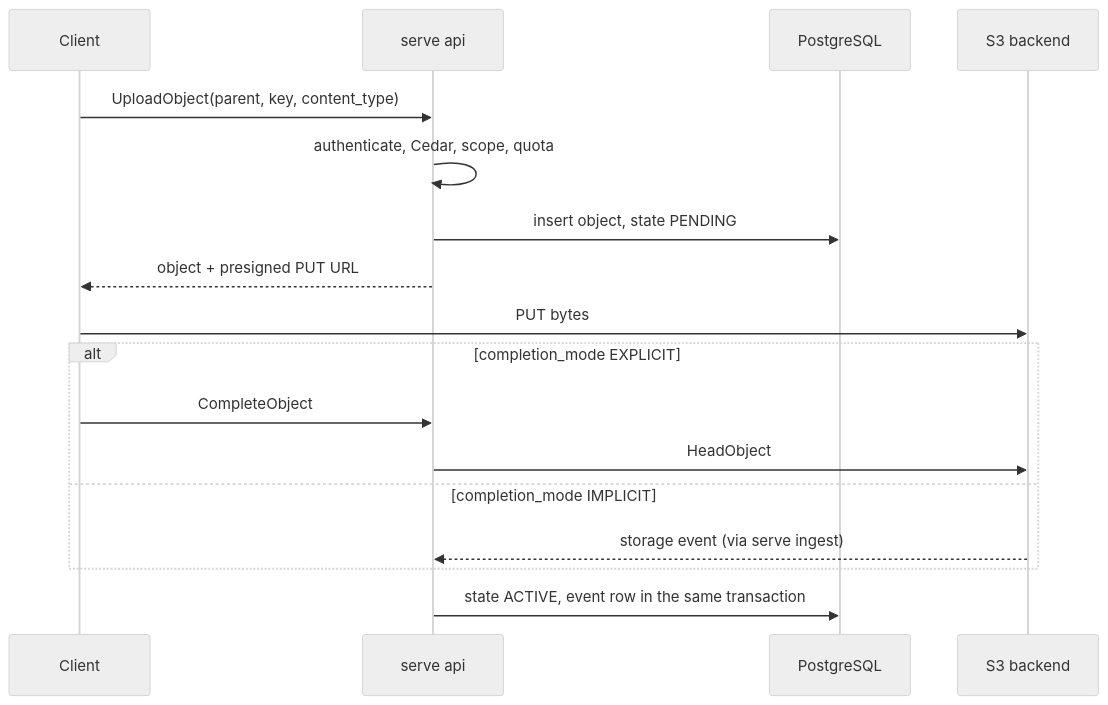
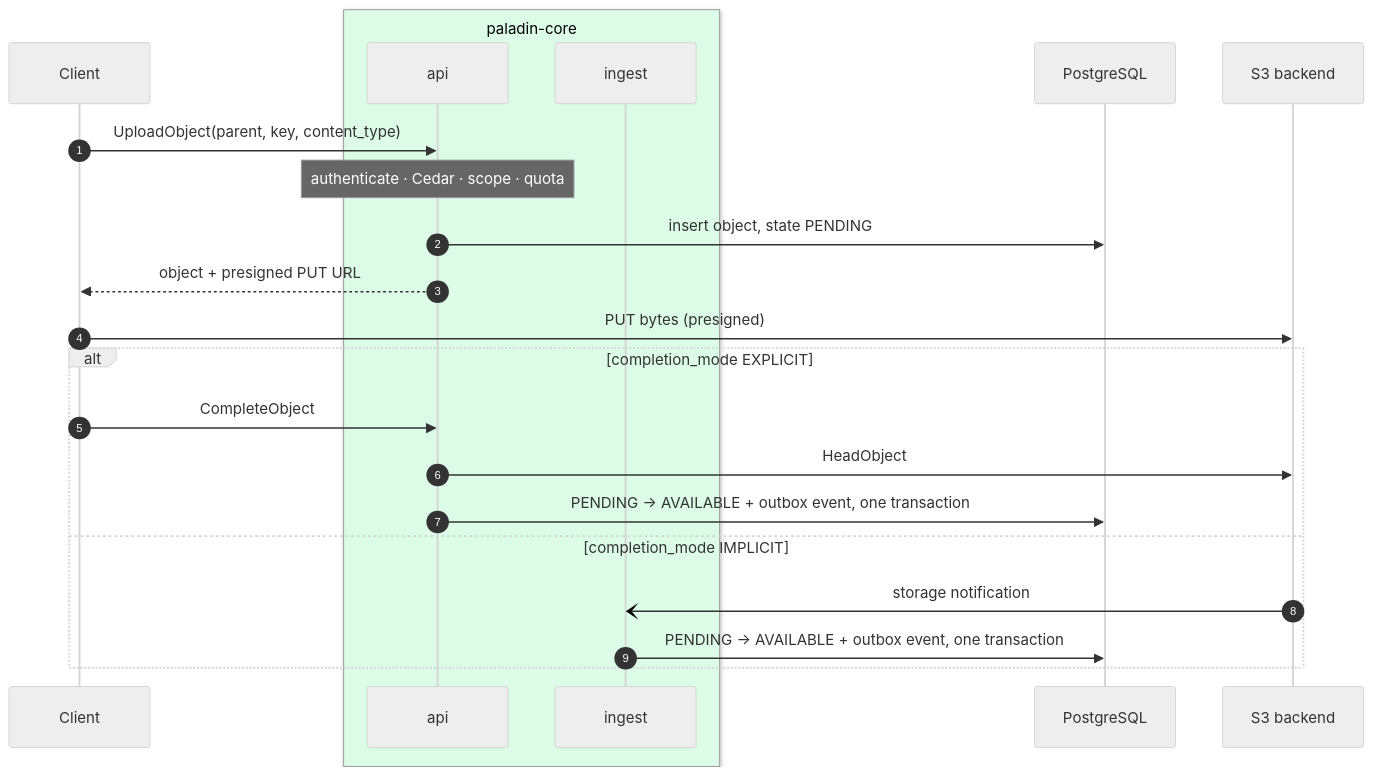
One commit to oleg-tkachuk/paladin changed the second of 4 diagrams in backend/docs/diagrams.md. Above: the diagram before and after it, drawn with Mermaid (neutral theme). The commit also changed other lines of this file and 2 other files, not shown here.

First line of the commit message:
docs: redraw the architecture diagrams from the code

````diff
--- a/backend/docs/diagrams.md
+++ b/backend/docs/diagrams.md
@@ -30,19 +56,25 @@
 ```mermaid
 sequenceDiagram
+    autonumber
     participant C as Client
-    participant A as serve api
+    box rgb(220,252,231) paladin-core
+        participant A as api
+        participant I as ingest
+    end
     participant DB as PostgreSQL
     participant S3 as S3 backend
+
     C->>A: UploadObject(parent, key, content_type)
-    A->>A: authenticate, Cedar, scope, quota
+    Note over A: authenticate · Cedar · scope · quota
     A->>DB: insert object, state PENDING
     A-->>C: object + presigned PUT URL
-    C->>S3: PUT bytes
+    C->>S3: PUT bytes (presigned)
     alt completion_mode EXPLICIT
         C->>A: CompleteObject
         A->>S3: HeadObject
+        A->>DB: PENDING → AVAILABLE + outbox event, one transaction
     else completion_mode IMPLICIT
-        S3-->>A: storage event (via serve ingest)
+        S3-)I: storage notification
+        I->>DB: PENDING → AVAILABLE + outbox event, one transaction
     end
-    A->>DB: state ACTIVE, event row in the same transaction
 ```
````
